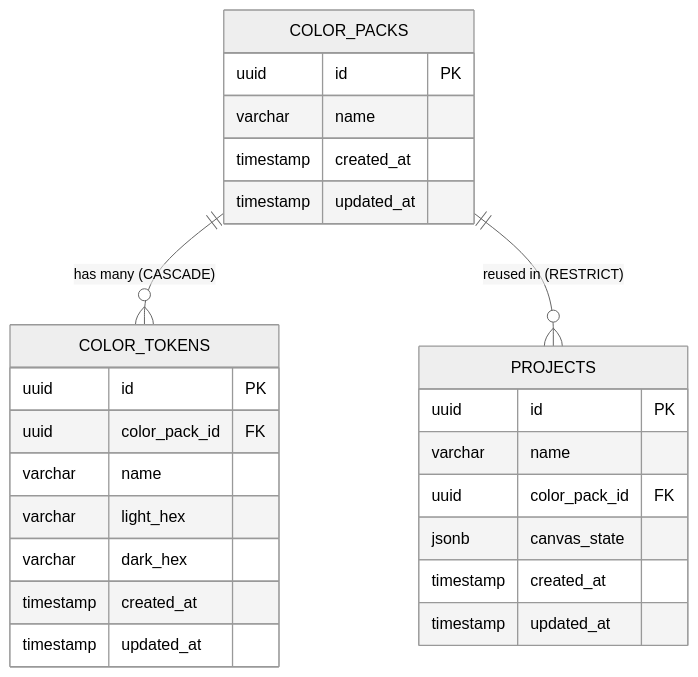
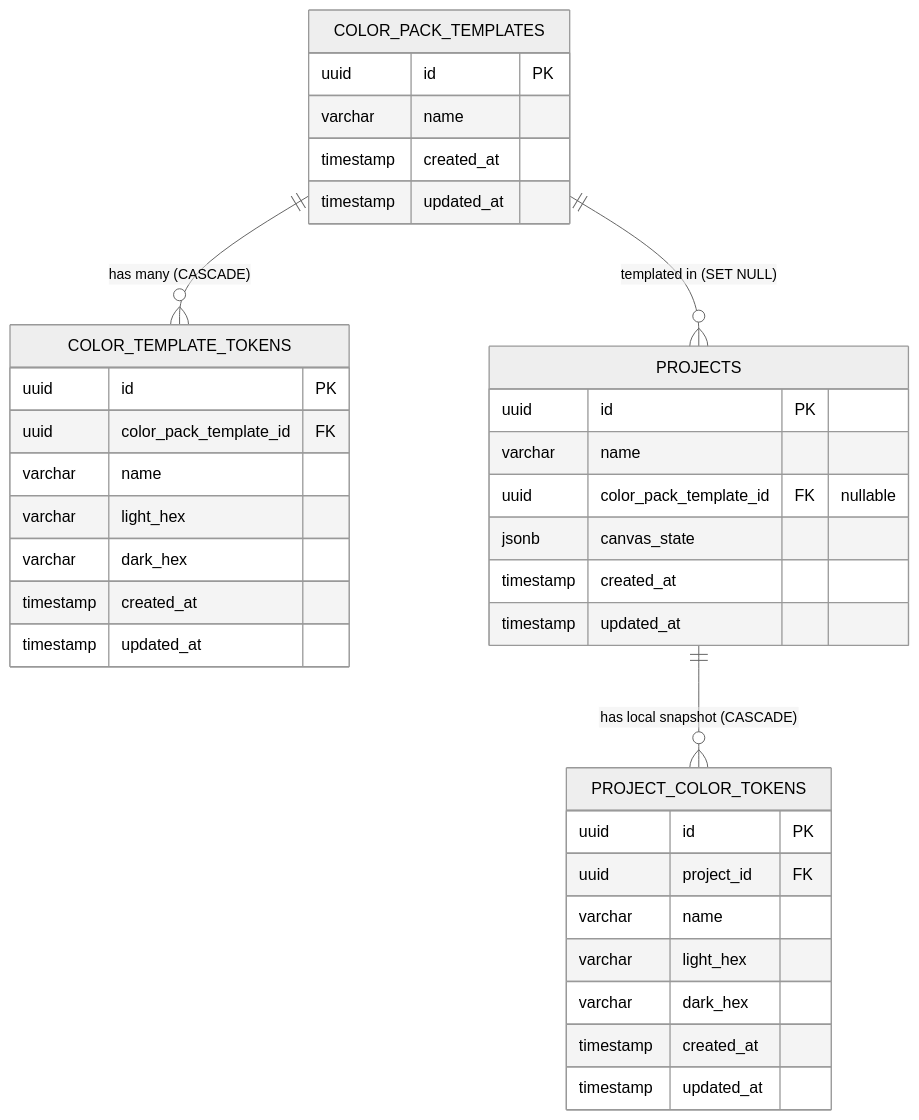
Before and after one commit to wilyanresna/sandbox-ui: the diagram in docs/DATABASE.md, drawn with Mermaid (neutral theme). The commit also changed other lines of this file, not shown here.

````diff
--- a/docs/DATABASE.md
+++ b/docs/DATABASE.md
@@ -14,31 +23,42 @@
 ```mermaid
 erDiagram
-    COLOR_PACKS {
+    COLOR_PACK_TEMPLATES {
         uuid id PK
         varchar name
         timestamp created_at
         timestamp updated_at
     }
     
-    COLOR_TOKENS {
+    COLOR_TEMPLATE_TOKENS {
         uuid id PK
-        uuid color_pack_id FK
+        uuid color_pack_template_id FK
         varchar name
         varchar light_hex
         varchar dark_hex
         timestamp created_at
         timestamp updated_at
     }
     
     PROJECTS {
         uuid id PK
         varchar name
-        uuid color_pack_id FK
+        uuid color_pack_template_id FK "nullable"
         jsonb canvas_state
         timestamp created_at
         timestamp updated_at
     }
+    
+    PROJECT_COLOR_TOKENS {
+        uuid id PK
+        uuid project_id FK
+        varchar name
+        varchar light_hex
+        varchar dark_hex
+        timestamp created_at
+        timestamp updated_at
+    }
 
-    COLOR_PACKS ||--o{ COLOR_TOKENS : "has many (CASCADE)"
-    COLOR_PACKS ||--o{ PROJECTS : "reused in (RESTRICT)"
+    COLOR_PACK_TEMPLATES ||--o{ COLOR_TEMPLATE_TOKENS : "has many (CASCADE)"
+    COLOR_PACK_TEMPLATES ||--o{ PROJECTS : "templated in (SET NULL)"
+    PROJECTS ||--o{ PROJECT_COLOR_TOKENS : "has local snapshot (CASCADE)"
 ```
````
